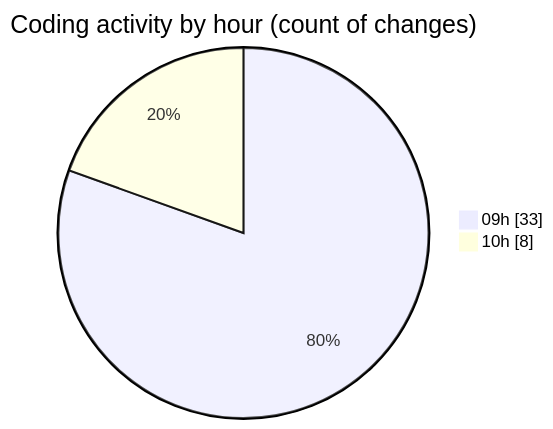
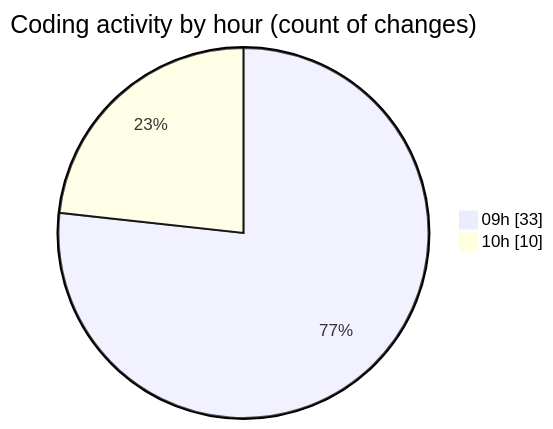
The second of 2 diagrams in 2025-05-20/ecodeli-1/README.md (CELIANVF/code-tracking), drawn with Mermaid before and after one commit. The commit also changed other lines of this file and 1 other file, not shown here.

````diff
--- a/2025-05-20/ecodeli-1/README.md
+++ b/2025-05-20/ecodeli-1/README.md
@@ -48,6 +48,6 @@
 ```mermaid
 pie showData
 title Coding activity by hour (count of changes)
 "09h" : 33
-"10h" : 8
+"10h" : 10
 ```
````
